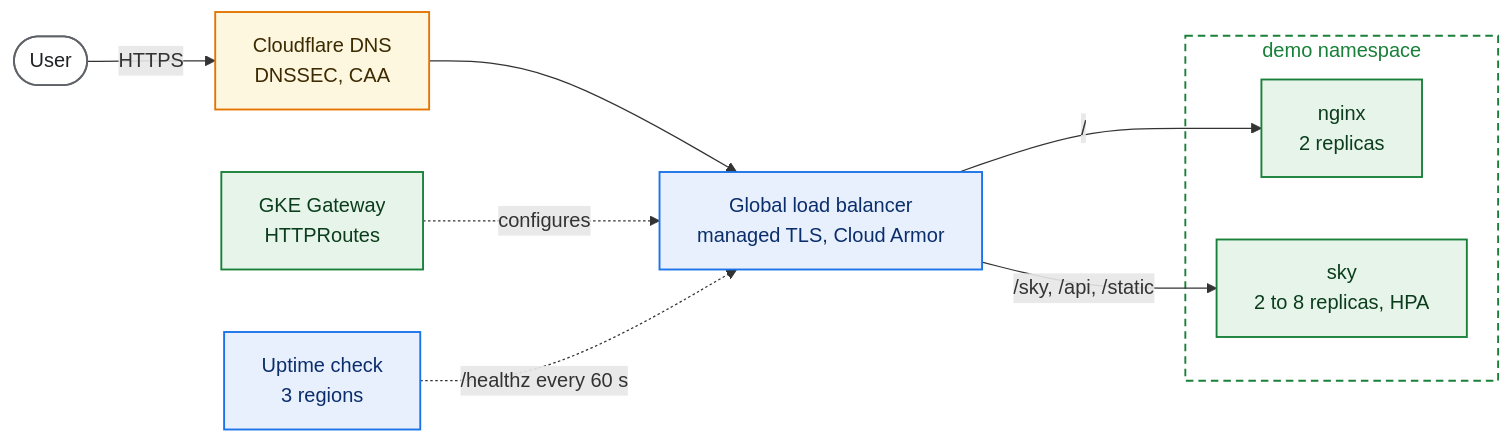
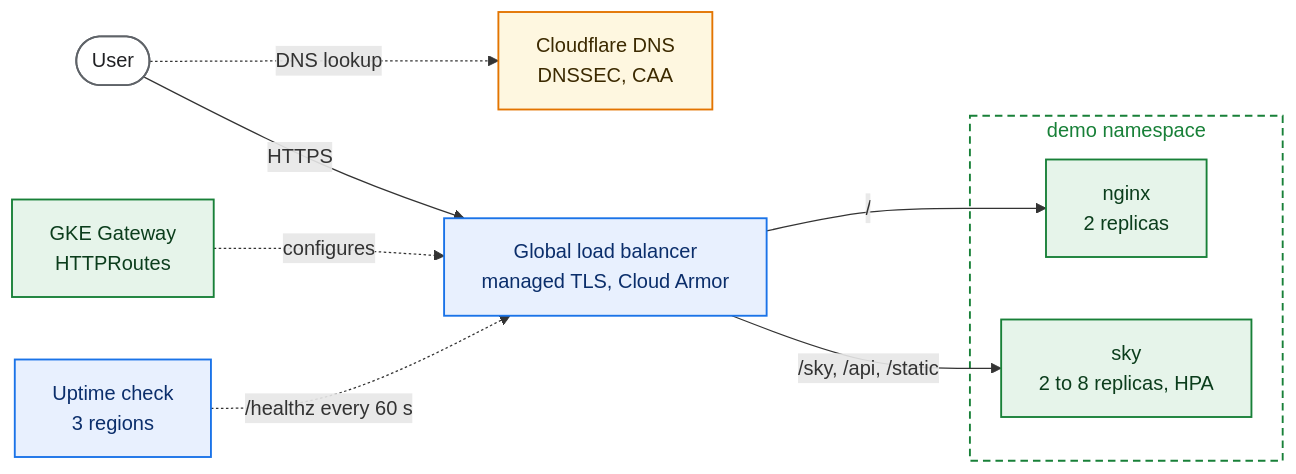
Before and after one commit to sindredg/gke-lab: the first of 2 diagrams in README.md, drawn with Mermaid. The commit also changed other lines of this file and 6 other files, not shown here.

````diff
--- a/README.md
+++ b/README.md
@@ -87,29 +87,30 @@
 ```mermaid
 flowchart LR
     user(["User"])
     dns["Cloudflare DNS<br/>DNSSEC, CAA"]
     lb["Global load balancer<br/>managed TLS, Cloud Armor"]
     gw["GKE Gateway<br/>HTTPRoutes"]
     uptime["Uptime check<br/>3 regions"]
 
     subgraph demo["demo namespace"]
         nginx["nginx<br/>2 replicas"]
         sky["sky<br/>2 to 8 replicas, HPA"]
     end
 
-    user -- "HTTPS" --> dns --> lb
+    user -. "DNS lookup" .-> dns
+    user -- "HTTPS" --> lb
     lb -- "/" --> nginx
     lb -- "/sky, /api, /static" --> sky
     gw -. "configures" .-> lb
     uptime -. "/healthz every 60 s" .-> lb
 
     classDef actor fill:#FFFFFF,stroke:#5F6368,stroke-width:1.5px,color:#202124
     classDef ext fill:#FEF7E0,stroke:#E37400,stroke-width:1.5px,color:#3C2A00
     classDef gcp fill:#E8F0FE,stroke:#1A73E8,stroke-width:1.5px,color:#0B2E6B
     classDef k8s fill:#E6F4EA,stroke:#188038,stroke-width:1.5px,color:#0B3D1C
     class user actor
     class dns ext
     class lb,uptime gcp
     class gw,nginx,sky k8s
     style demo fill:none,stroke:#188038,stroke-width:1.5px,stroke-dasharray:6 4,color:#188038
 ```
````
